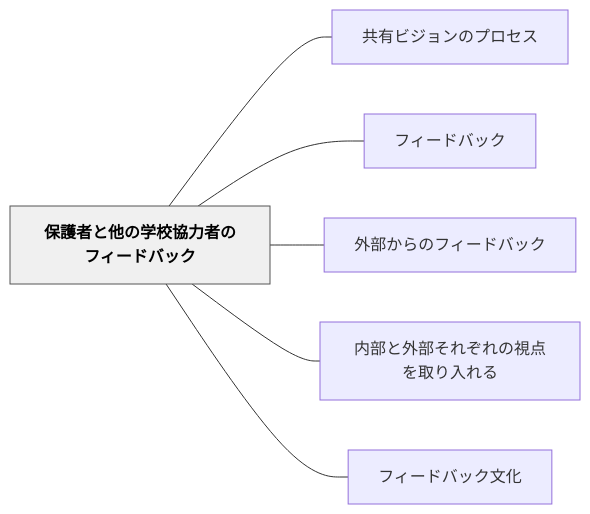
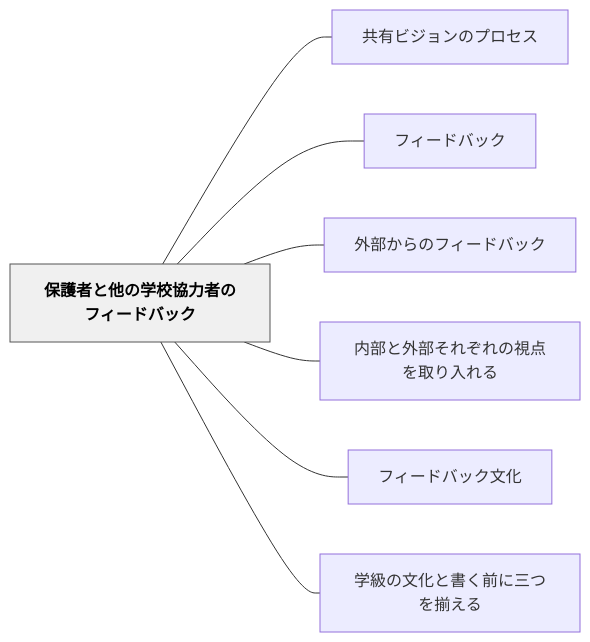
The diagram in content/パタン/保護者と他の学校協力者のフィードバック.md (unknownthings-ed-patterns/unknownthings-ed-patterns), drawn with Mermaid before and after one commit. The commit also changed other lines of this file and 4 other files, not shown here.

````diff
--- a/content/パタン/保護者と他の学校協力者のフィードバック.md
+++ b/content/パタン/保護者と他の学校協力者のフィードバック.md
@@ -53,18 +54,20 @@
 ```mermaid
 flowchart LR
     ne4bf9de8adb7e88085e381a8e4bb96e381aee5ada6e6a0a1e58d94e58a9be88085e381aee38395e382a3e383bce38389e38390e38383e382af["保護者と他の学校協力者のフィードバック"]
     ne585b1e69c89e38393e382b8e383a7e383b3e381aee38397e383ade382bbe382b9["共有ビジョンのプロセス"]
     ne38395e382a3e383bce38389e38390e38383e382af["フィードバック"]
     ne5a496e983a8e3818be38289e381aee38395e382a3e383bce38389e38390e38383e382af["外部からのフィードバック"]
     ne58685e983a8e381a8e5a496e983a8e3819de3828ce3819ee3828ce381aee8a696e782b9e38292e58f96e3828ae585a5e3828ce3828b["内部と外部それぞれの視点を取り入れる"]
     ne38395e382a3e383bce38389e38390e38383e382afe69687e58c96["フィードバック文化"]
+    ne5ada6e7b49ae381aee69687e58c96e381a8e69bb8e3818fe5898de381abe4b889e381a4e38292e68f83e38188e3828b["学級の文化と書く前に三つを揃える"]
 
     ne4bf9de8adb7e88085e381a8e4bb96e381aee5ada6e6a0a1e58d94e58a9be88085e381aee38395e382a3e383bce38389e38390e38383e382af --- ne585b1e69c89e38393e382b8e383a7e383b3e381aee38397e383ade382bbe382b9
     ne4bf9de8adb7e88085e381a8e4bb96e381aee5ada6e6a0a1e58d94e58a9be88085e381aee38395e382a3e383bce38389e38390e38383e382af --- ne38395e382a3e383bce38389e38390e38383e382af
     ne4bf9de8adb7e88085e381a8e4bb96e381aee5ada6e6a0a1e58d94e58a9be88085e381aee38395e382a3e383bce38389e38390e38383e382af --- ne5a496e983a8e3818be38289e381aee38395e382a3e383bce38389e38390e38383e382af
     ne4bf9de8adb7e88085e381a8e4bb96e381aee5ada6e6a0a1e58d94e58a9be88085e381aee38395e382a3e383bce38389e38390e38383e382af --- ne58685e983a8e381a8e5a496e983a8e3819de3828ce3819ee3828ce381aee8a696e782b9e38292e58f96e3828ae585a5e3828ce3828b
     ne4bf9de8adb7e88085e381a8e4bb96e381aee5ada6e6a0a1e58d94e58a9be88085e381aee38395e382a3e383bce38389e38390e38383e382af --- ne38395e382a3e383bce38389e38390e38383e382afe69687e58c96
+    ne4bf9de8adb7e88085e381a8e4bb96e381aee5ada6e6a0a1e58d94e58a9be88085e381aee38395e382a3e383bce38389e38390e38383e382af --- ne5ada6e7b49ae381aee69687e58c96e381a8e69bb8e3818fe5898de381abe4b889e381a4e38292e68f83e38188e3828b
 
     classDef hub fill:#f0f0f0,stroke:#555,color:#000,font-weight:bold
     class ne4bf9de8adb7e88085e381a8e4bb96e381aee5ada6e6a0a1e58d94e58a9be88085e381aee38395e382a3e383bce38389e38390e38383e382af hub
 ```
````
